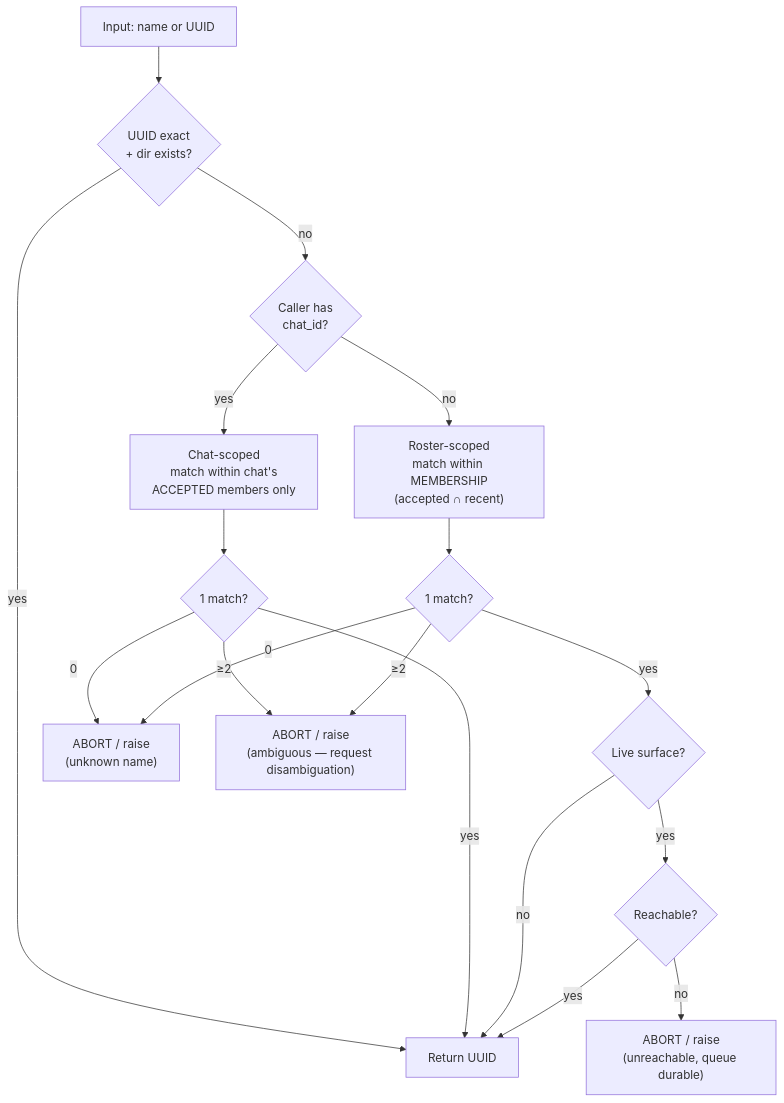
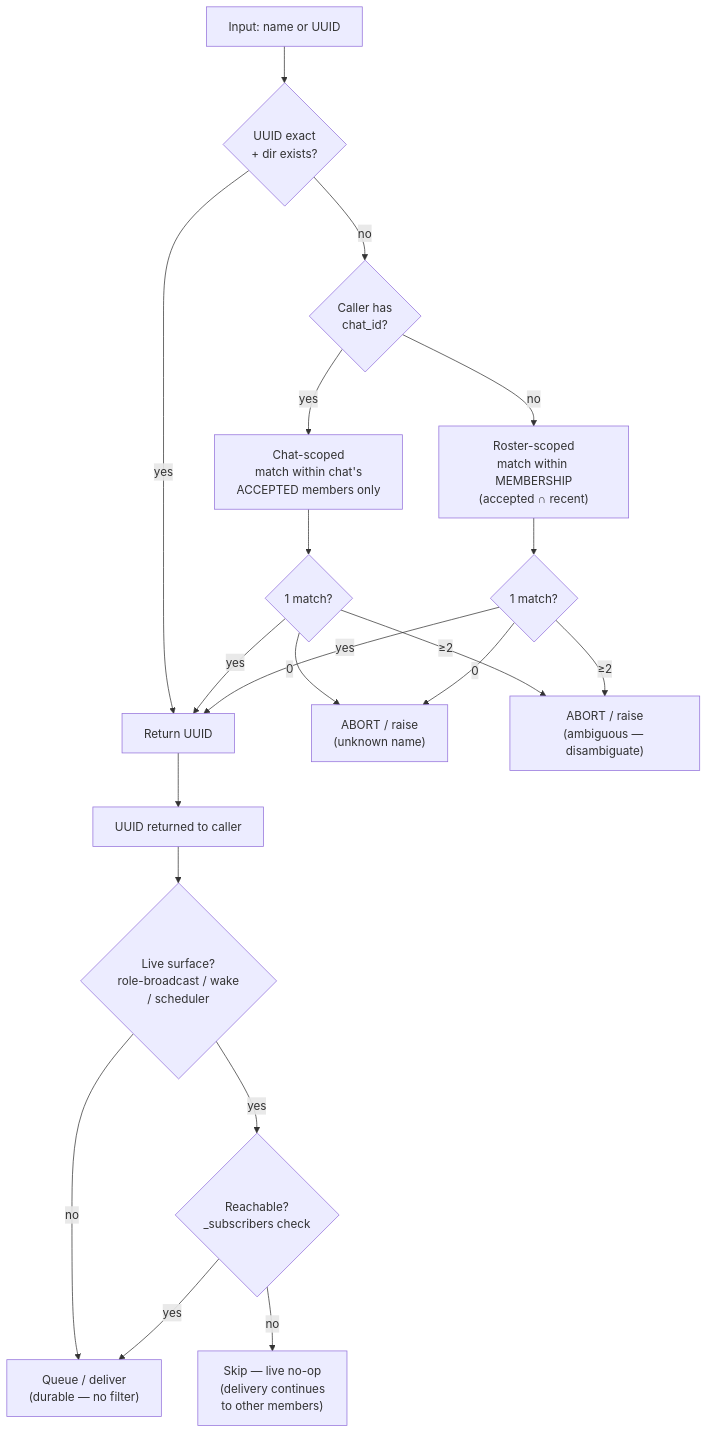
Before and after one commit to fsocietydisobey/khimaira: the second of 2 diagrams in tasks/naming-resolution/DESIGN.md, drawn with Mermaid. The commit also changed other lines of this file, not shown here.

Commit message:
docs(naming-resolution): fix P2 mermaid — reachability is delivery-time overlay, not resolver step
Per architect-1 + analyst-1 fidelity review: the original mermaid folded
Reachable? into the resolution flow, contradicting §3 (MEMBERSHIP≠DELIVERABILITY).
The resolver returns a UUID from MEMBERSHIP; live surfaces apply ∩reachable at
delivery time. Also fixes node J label (skip — live no-op, not "queue durable").

````diff
--- a/tasks/naming-resolution/DESIGN.md
+++ b/tasks/naming-resolution/DESIGN.md
@@ -94,20 +94,22 @@
 ```mermaid
 graph TD
   A["Input: name or UUID"] --> B{UUID exact<br/>+ dir exists?}
   B -- yes --> R["Return UUID"]
   B -- no --> C{Caller has<br/>chat_id?}
   C -- yes --> D["Chat-scoped<br/>match within chat's<br/>ACCEPTED members only"]
   C -- no --> E["Roster-scoped<br/>match within MEMBERSHIP<br/>(accepted ∩ recent)"]
   D --> F{1 match?}
   E --> G{1 match?}
   F -- yes --> R
-  G -- yes --> H{Live surface?}
-  H -- yes --> I{Reachable?}
-  H -- no --> R
-  I -- yes --> R
-  I -- no --> J["ABORT / raise<br/>(unreachable, queue durable)"]
+  G -- yes --> R
   F -- 0 --> K["ABORT / raise<br/>(unknown name)"]
   G -- 0 --> K
-  F -- "≥2" --> L["ABORT / raise<br/>(ambiguous — request disambiguation)"]
+  F -- "≥2" --> L["ABORT / raise<br/>(ambiguous — disambiguate)"]
   G -- "≥2" --> L
+  R --> S["UUID returned to caller"]
+  S --> T{Live surface?<br/>role-broadcast / wake<br/>/ scheduler}
+  T -- yes --> U{Reachable?<br/>_subscribers check}
+  T -- no --> V["Queue / deliver<br/>(durable — no filter)"]
+  U -- yes --> V
+  U -- no --> W["Skip — live no-op<br/>(delivery continues<br/>to other members)"]
 ```
````
